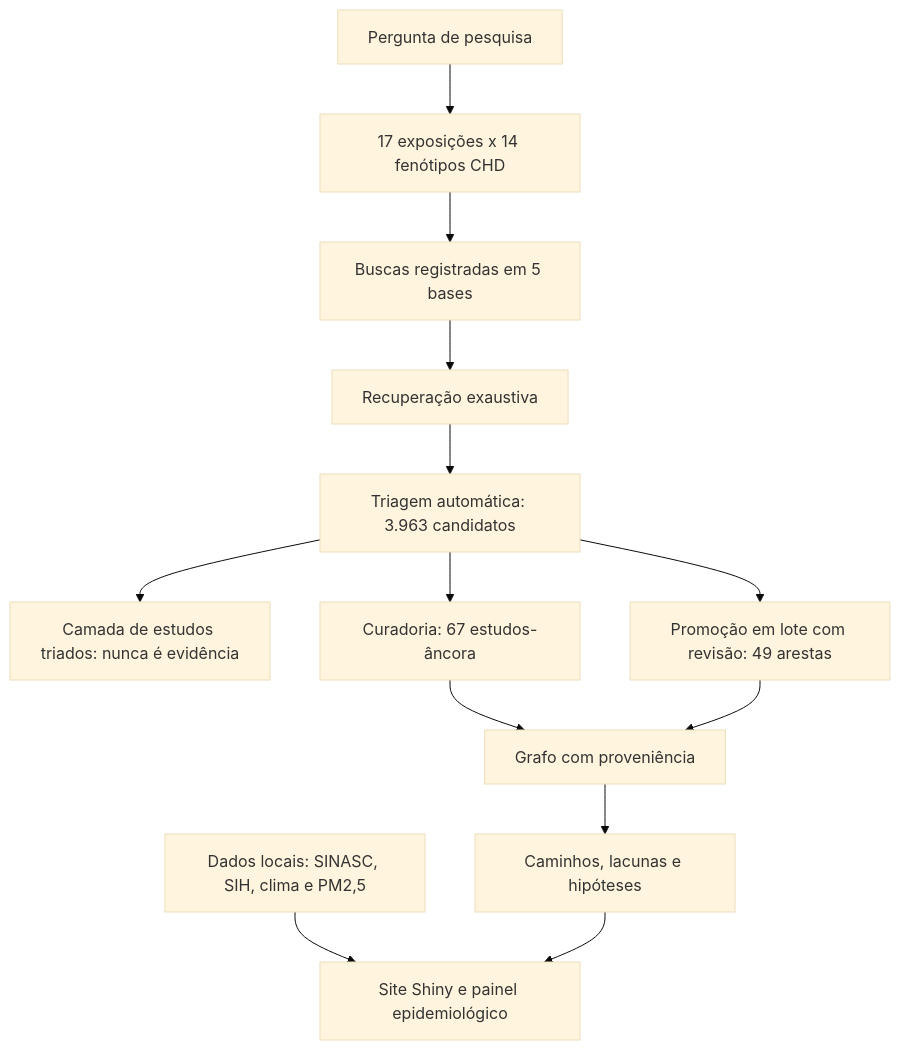
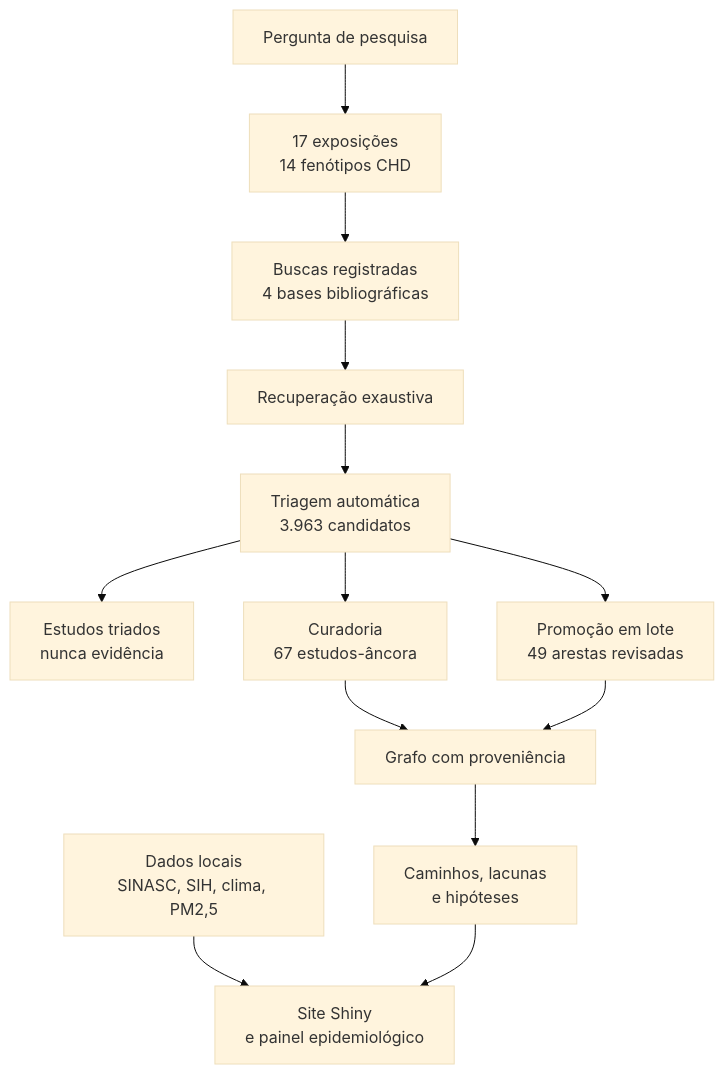
Before and after one commit to santosry/GraphAmbiCardio: the first of 2 diagrams in README.md, drawn with Mermaid (base theme). The commit also changed other lines of this file and 10 other files, not shown here.

First line of the commit message:
Remove AI declaration and suggestion button from the site; merge graph and epidemiology tabs

````diff
--- a/README.md
+++ b/README.md
@@ -42,15 +42,15 @@
 ```mermaid
 flowchart TD
-    A[Pergunta de pesquisa] --> B[17 exposições x 14 fenótipos CHD]
-    B --> C[Buscas registradas em 5 bases]
-    C --> D[Recuperação exaustiva]
-    D --> E[Triagem automática: 3.963 candidatos]
-    E --> F[Camada de estudos triados: nunca é evidência]
-    E --> G[Curadoria: 67 estudos-âncora]
-    E --> H[Promoção em lote com revisão: 49 arestas]
-    G --> I[Grafo com proveniência]
+    A["Pergunta de pesquisa"] --> B["17 exposições<br/>14 fenótipos CHD"]
+    B --> C["Buscas registradas<br/>4 bases bibliográficas"]
+    C --> D["Recuperação exaustiva"]
+    D --> E["Triagem automática<br/>3.963 candidatos"]
+    E --> F["Estudos triados<br/>nunca evidência"]
+    E --> G["Curadoria<br/>67 estudos-âncora"]
+    E --> H["Promoção em lote<br/>49 arestas revisadas"]
+    G --> I["Grafo com proveniência"]
     H --> I
-    I --> J[Caminhos, lacunas e hipóteses]
-    L[Dados locais: SINASC, SIH, clima e PM2,5] --> K[Site Shiny e painel epidemiológico]
+    I --> J["Caminhos, lacunas<br/>e hipóteses"]
+    L["Dados locais<br/>SINASC, SIH, clima, PM2,5"] --> K["Site Shiny<br/>e painel epidemiológico"]
     J --> K
 ```
````
